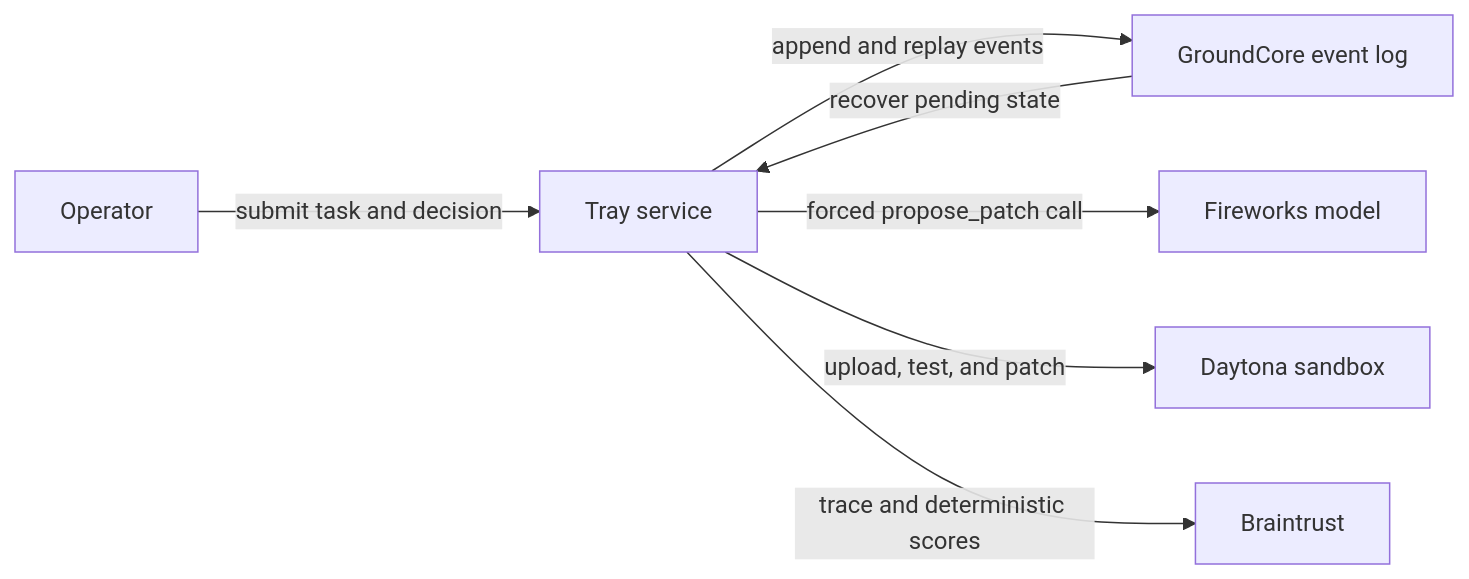
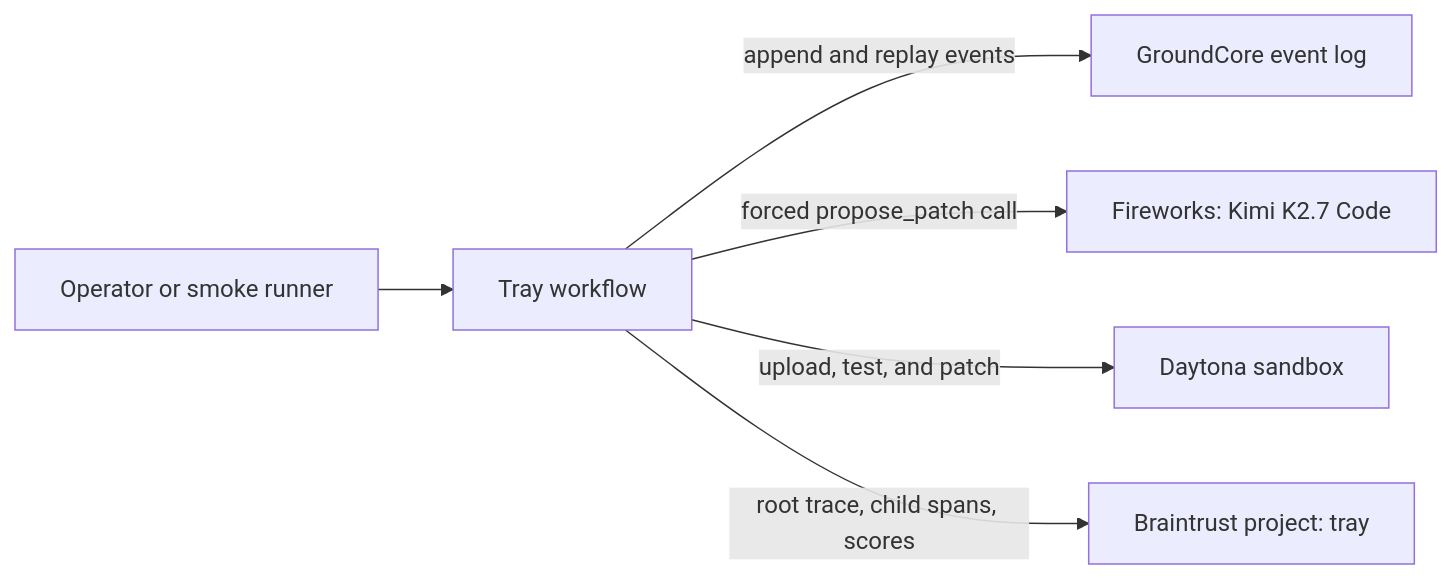
The diagram in README.md (arvindamirtaa/tray), drawn with Mermaid before and after one commit. The commit also changed other lines of this file, not shown here.

````diff
--- a/README.md
+++ b/README.md
@@ -13,9 +15,8 @@
 ```mermaid
 flowchart LR
-    Operator["Operator"] -->|submit task and decision| Tray["Tray service"]
-    Tray -->|append and replay events| GroundCore["GroundCore event log"]
-    Tray -->|forced propose_patch call| Fireworks["Fireworks model"]
-    Tray -->|upload, test, and patch| Daytona["Daytona sandbox"]
-    Tray -->|trace and deterministic scores| Braintrust["Braintrust"]
-    GroundCore -->|recover pending state| Tray
+    Operator["Operator or smoke runner"] --> Tray["Tray workflow"]
+    Tray -->|"append and replay events"| GroundCore["GroundCore event log"]
+    Tray -->|"forced propose_patch call"| Fireworks["Fireworks: Kimi K2.7 Code"]
+    Tray -->|"upload, test, and patch"| Daytona["Daytona sandbox"]
+    Tray -->|"root trace, child spans, scores"| Braintrust["Braintrust project: tray"]
 ```
````
